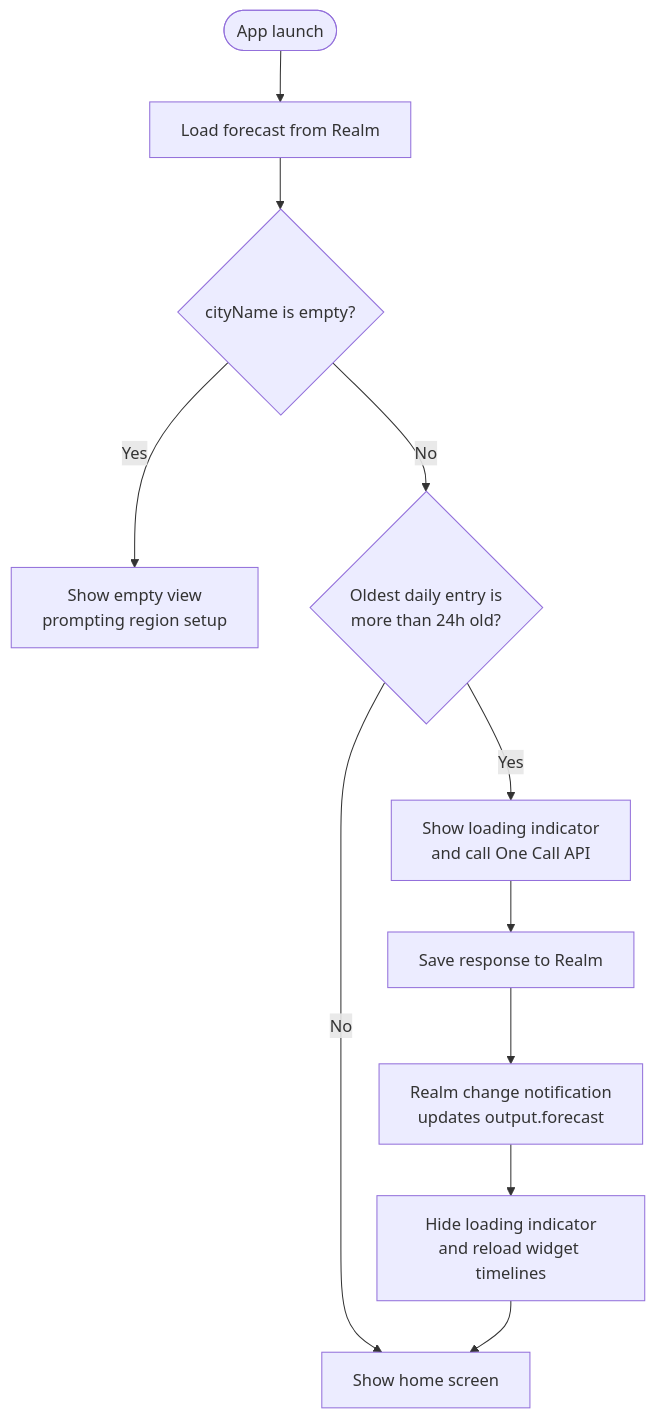
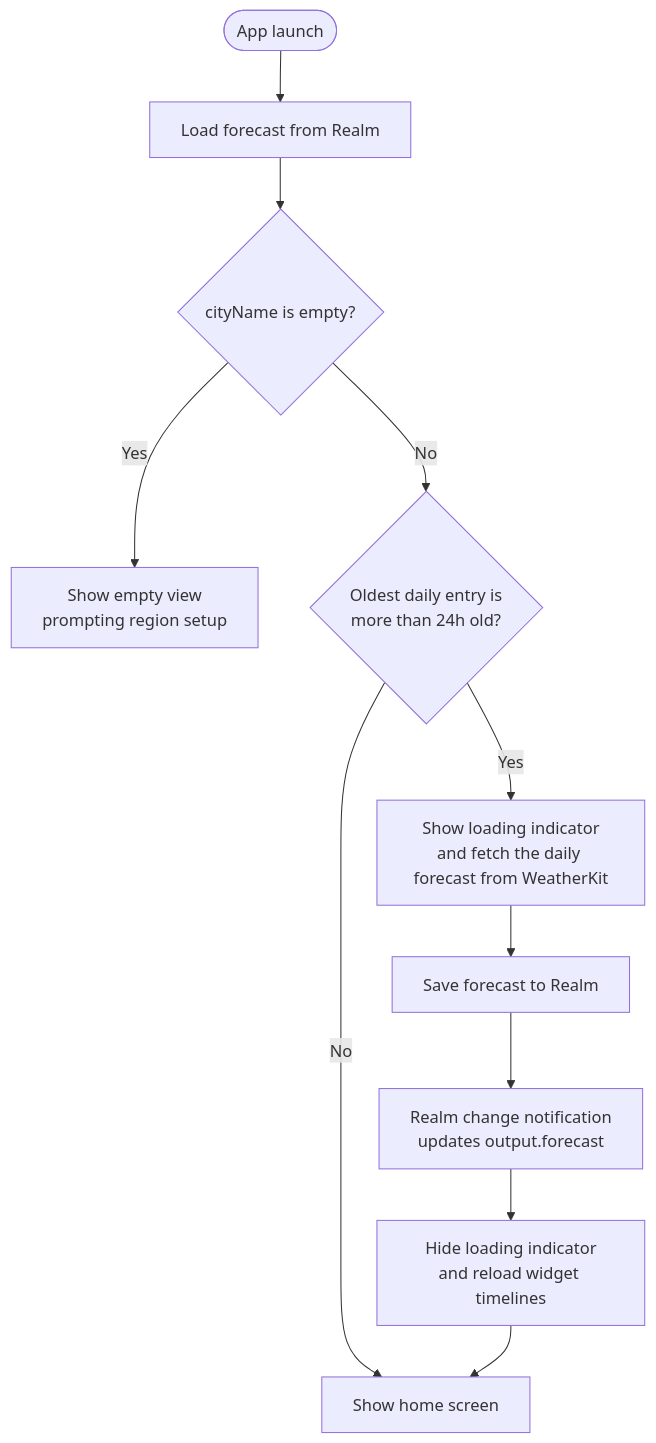
The first of 3 diagrams in docs/architecture/weather-fetch-flow.md (naipaka/NextSunnyDay-iOS), drawn with Mermaid before and after one commit. The commit also changed other lines of this file and 26 other files, not shown here.

First line of the commit message:
Migrate weather data to WeatherKit

````diff
--- a/docs/architecture/weather-fetch-flow.md
+++ b/docs/architecture/weather-fetch-flow.md
@@ -9,13 +11,13 @@
 ```mermaid
 flowchart TD
     A([App launch]) --> B[Load forecast from Realm]
     B --> C{cityName is empty?}
     C -- Yes --> D[Show empty view<br/>prompting region setup]
     C -- No --> E{Oldest daily entry is<br/>more than 24h old?}
     E -- No --> H[Show home screen]
-    E -- Yes --> F[Show loading indicator<br/>and call One Call API]
-    F --> G[Save response to Realm]
+    E -- Yes --> F[Show loading indicator<br/>and fetch the daily forecast from WeatherKit]
+    F --> G[Save forecast to Realm]
     G --> G2[Realm change notification<br/>updates output.forecast]
     G2 --> G3[Hide loading indicator<br/>and reload widget timelines]
     G3 --> H
 ```
````
